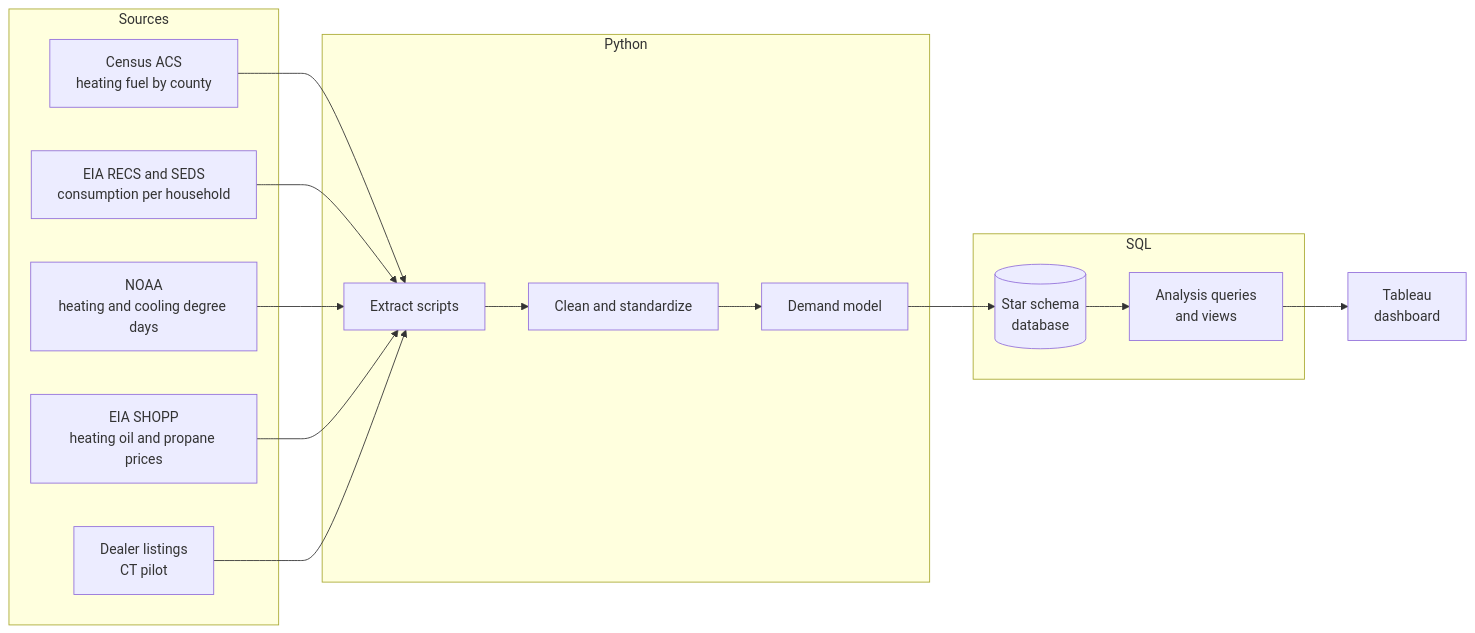
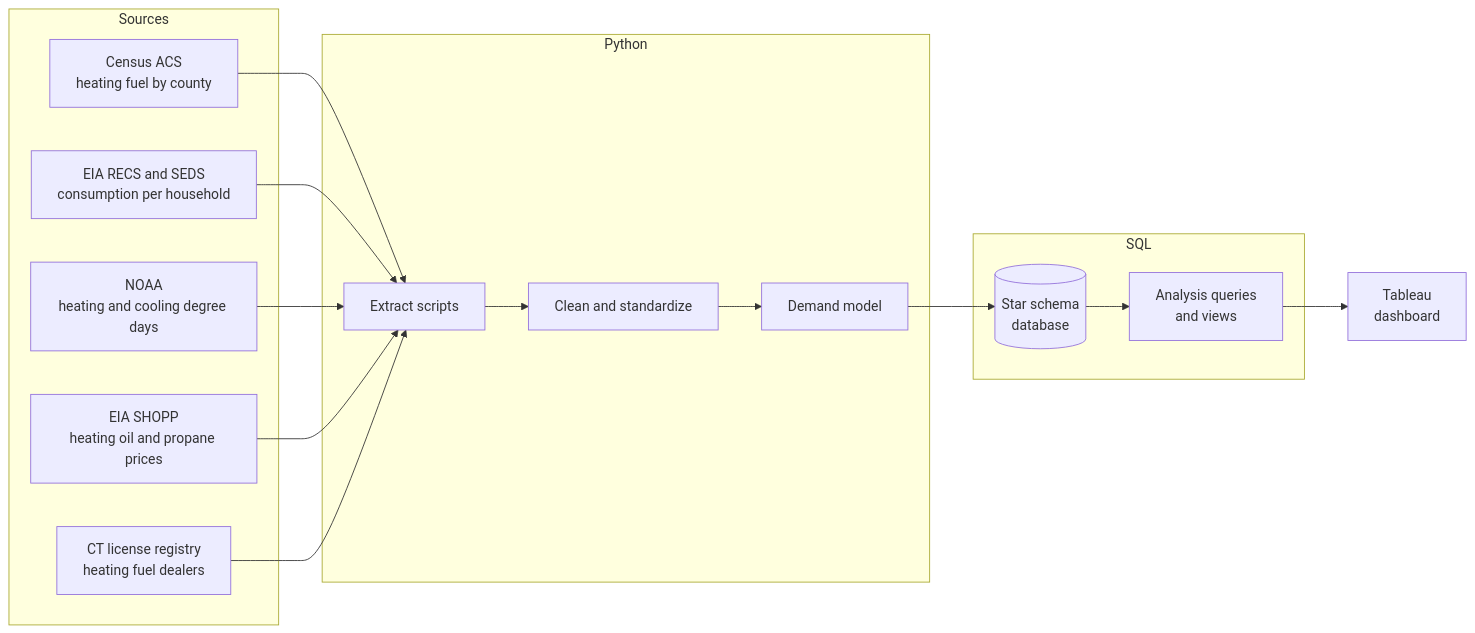
One commit to dhruvk1310-lang/northeast-heating-demand-map changed the first of 2 diagrams in README.md. Above: the diagram before and after it, drawn with Mermaid. The commit also changed other lines of this file and 19 other files, not shown here.

````diff
--- a/README.md
+++ b/README.md
@@ -94,30 +94,30 @@
 ```mermaid
 flowchart LR
     subgraph Sources
         A[Census ACS<br/>heating fuel by county]
         B[EIA RECS and SEDS<br/>consumption per household]
         C[NOAA<br/>heating and cooling degree days]
         D[EIA SHOPP<br/>heating oil and propane prices]
-        E[Dealer listings<br/>CT pilot]
+        E[CT license registry<br/>heating fuel dealers]
     end
 
     subgraph Python
         F[Extract scripts]
         G[Clean and standardize]
         H[Demand model]
     end
 
     subgraph SQL
         I[(Star schema<br/>database)]
         J[Analysis queries<br/>and views]
     end
 
     K[Tableau<br/>dashboard]
 
     A --> F
     B --> F
     C --> F
     D --> F
     E --> F
     F --> G --> H --> I --> J --> K
 ```
````
